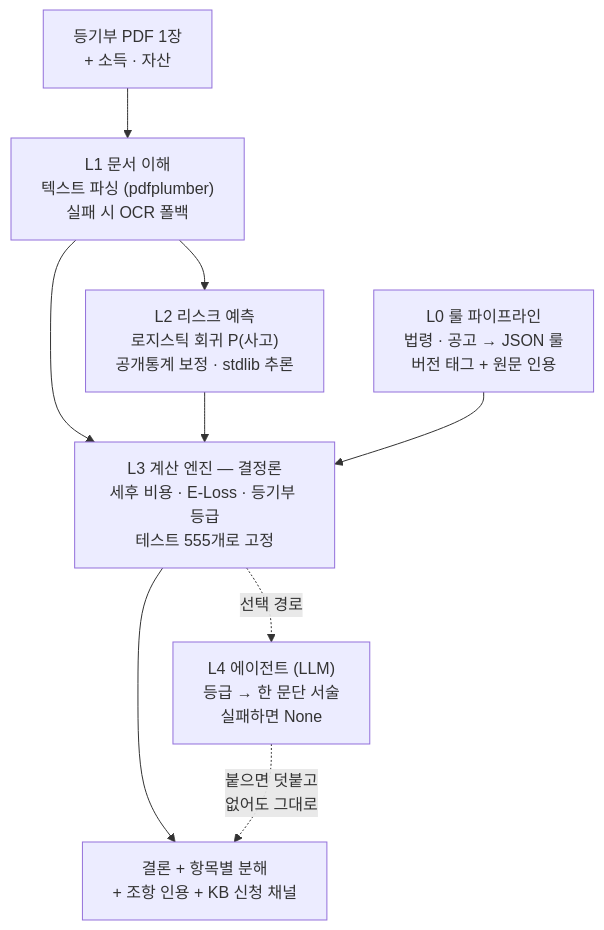
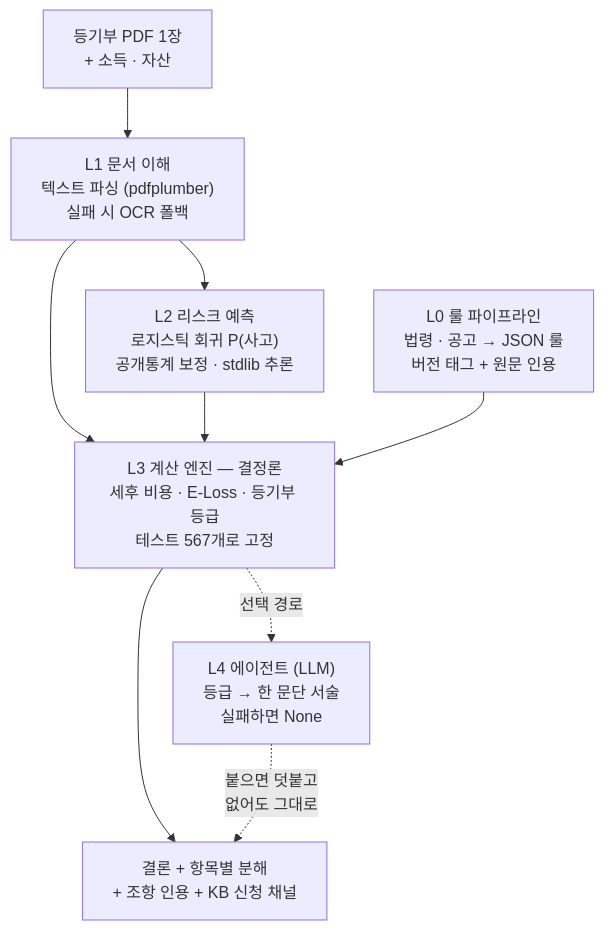
The third of 3 diagrams in docs/summary.md (Daegyu519/onjeon), drawn with Mermaid before and after one commit. The commit also changed other lines of this file and 11 other files, not shown here.

````diff
--- a/docs/summary.md
+++ b/docs/summary.md
@@ -227,16 +227,16 @@
 ```mermaid
 graph TD
     U["등기부 PDF 1장<br/>+ 소득 · 자산"] --> L1
 
     L1["L1 문서 이해<br/>텍스트 파싱 (pdfplumber)<br/>실패 시 OCR 폴백"] --> L2
     L1 --> L3
     L2["L2 리스크 예측<br/>로지스틱 회귀 P(사고)<br/>공개통계 보정 · stdlib 추론"] --> L3
     L0["L0 룰 파이프라인<br/>법령 · 공고 → JSON 룰<br/>버전 태그 + 원문 인용"] --> L3
 
-    L3["L3 계산 엔진 — 결정론<br/>세후 비용 · E-Loss · 등기부 등급<br/>테스트 555개로 고정"] --> OUT
+    L3["L3 계산 엔진 — 결정론<br/>세후 비용 · E-Loss · 등기부 등급<br/>테스트 567개로 고정"] --> OUT
 
     L3 -. "선택 경로" .-> L4["L4 에이전트 (LLM)<br/>등급 → 한 문단 서술<br/>실패하면 None"]
     L4 -. "붙으면 덧붙고<br/>없어도 그대로" .-> OUT
 
     OUT["결론 + 항목별 분해<br/>+ 조항 인용 + KB 신청 채널"]
 ```
````
